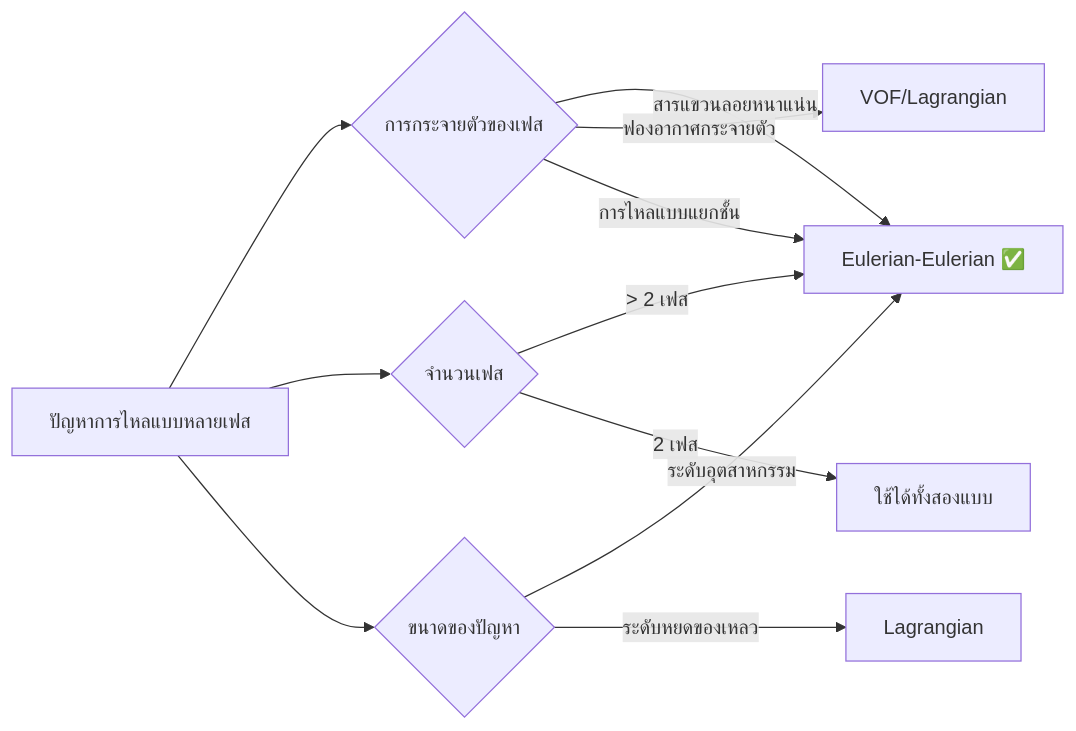
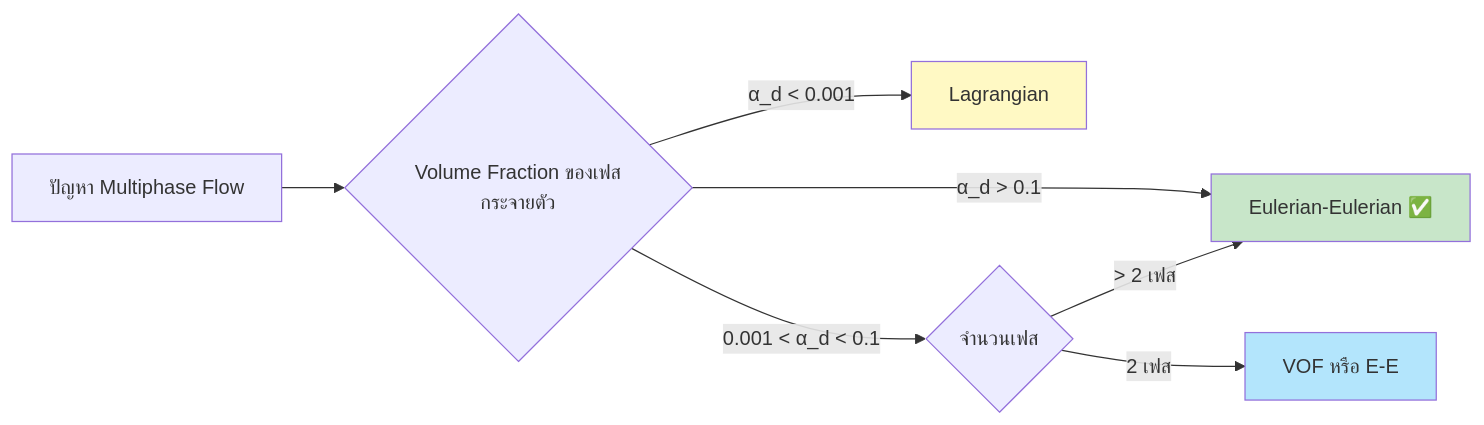
One commit to wramet/build-my-cfd changed the second of 2 diagrams in MODULE_04_MULTIPHASE_FUNDAMENTALS/CONTENT/01_EULERIAN_FOUNDATIONS/00_Overview.md. Above: the diagram before and after it, drawn with Mermaid. The commit also changed other lines of this file and 297 other files, not shown here.

Commit message:
Add explanation under mermaid diagram

````diff
--- a/MODULE_04_MULTIPHASE_FUNDAMENTALS/CONTENT/01_EULERIAN_FOUNDATIONS/00_Overview.md
+++ b/MODULE_04_MULTIPHASE_FUNDAMENTALS/CONTENT/01_EULERIAN_FOUNDATIONS/00_Overview.md
@@ -19,13 +55,13 @@
 ```mermaid
 graph LR
-    A[ปัญหาการไหลแบบหลายเฟส] --> B{การกระจายตัวของเฟส}
-    B -->|สารแขวนลอยหนาแน่น| C[Eulerian-Eulerian ✅]
-    B -->|ฟองอากาศกระจายตัว| D[VOF/Lagrangian]
-    B -->|การไหลแบบแยกชั้น| C
-    A --> E{จำนวนเฟส}
+    A[ปัญหา Multiphase Flow] --> B{Volume Fraction ของเฟสกระจายตัว}
+    B -->|α_d > 0.1| C[Eulerian-Eulerian ✅]
+    B -->|α_d < 0.001| D[Lagrangian]
+    B -->|0.001 < α_d < 0.1| E{จำนวนเฟส}
+    E -->|2 เฟส| F[VOF หรือ E-E]
     E -->|> 2 เฟส| C
-    E -->|2 เฟส| F[ใช้ได้ทั้งสองแบบ]
-    A --> G{ขนาดของปัญหา}
-    G -->|ระดับอุตสาหกรรม| C
-    G -->|ระดับหยดของเหลว| H[Lagrangian]
+
+    style C fill:#c8e6c9
+    style D fill:#fff9c4
+    style F fill:#b3e5fc
 ```
````
